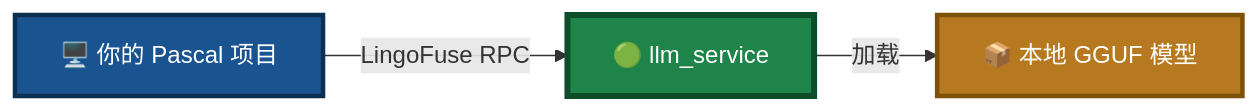
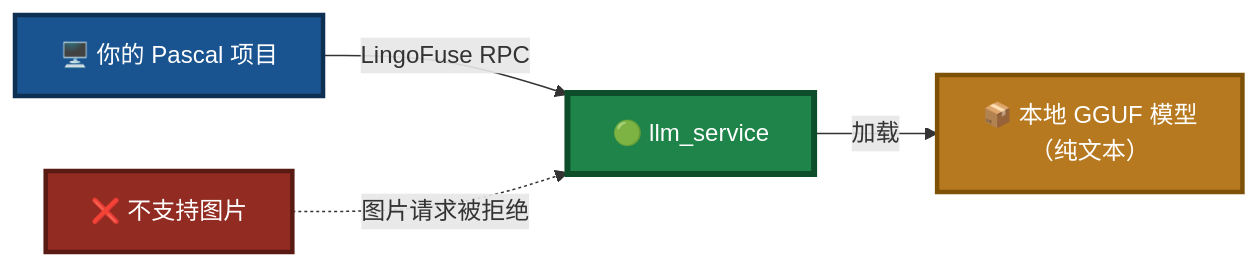
One commit to PassByYou888/LingoFuse-pasAgent-v3 changed the fourth of 19 diagrams in src/LingoFuse_LLM_Ecosystem_User_Guide.md. Above: the diagram before and after it, drawn with Mermaid. The commit also changed other lines of this file, not shown here.

````diff
--- a/src/LingoFuse_LLM_Ecosystem_User_Guide.md
+++ b/src/LingoFuse_LLM_Ecosystem_User_Guide.md
@@ -242,9 +256,11 @@
 ```mermaid
 flowchart LR
     A["🖥️ 你的 Pascal 项目"] -->|"LingoFuse RPC"| B["🟢 llm_service"]
-    B -->|"加载"| C["📦 本地 GGUF 模型"]
+    B -->|"加载"| C["📦 本地 GGUF 模型<br/>（纯文本）"]
+    D["❌ 不支持图片"] -.->|"图片请求被拒绝"| B
 
     style A fill:#1A5490,stroke:#0D2F52,stroke-width:3px,color:#FFFFFF
     style B fill:#1E8449,stroke:#0E4D2A,stroke-width:4px,color:#FFFFFF
     style C fill:#B7791F,stroke:#7E5109,stroke-width:3px,color:#FFFFFF
+    style D fill:#922B21,stroke:#5A1A14,stroke-width:3px,color:#FFFFFF
 ```
````
